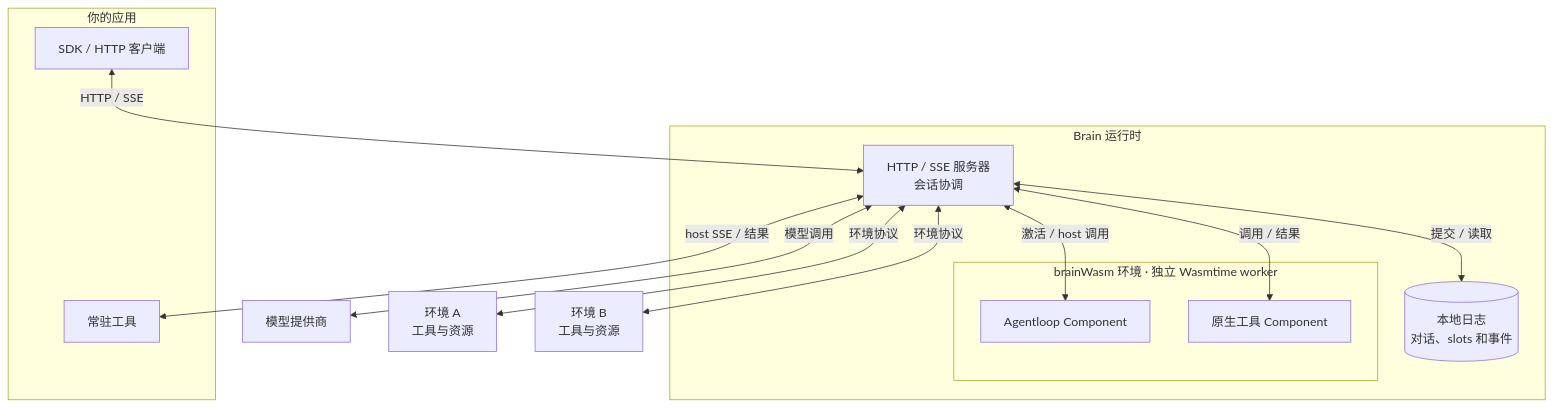
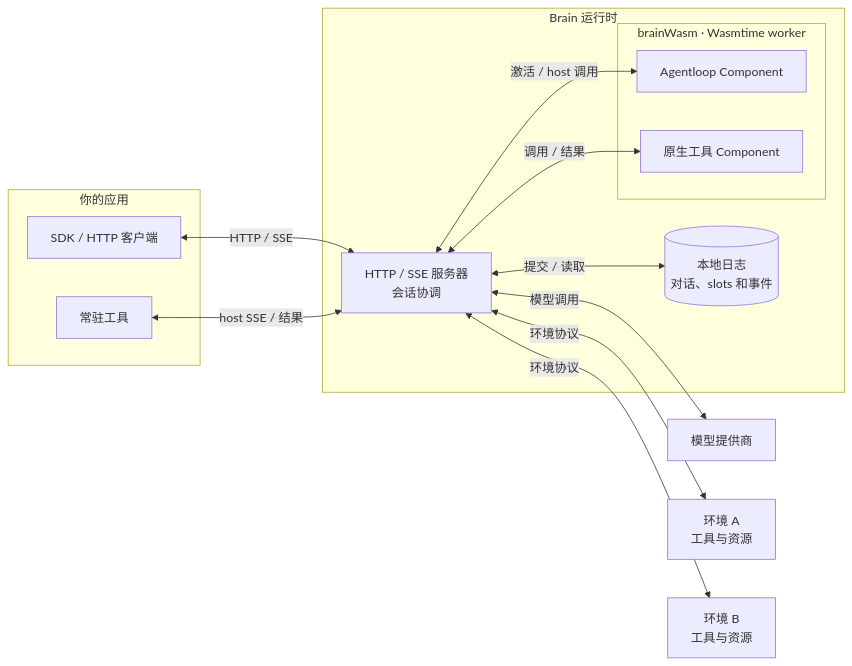
The diagram in README.cn.md (aexhq/brain), drawn with Mermaid before and after one commit. The commit also changed 1 other file, not shown here.

Commit message:
docs: keep architecture diagrams readable at README width

````diff
--- a/README.cn.md
+++ b/README.cn.md
@@ -59,25 +59,25 @@
 ```mermaid
-flowchart TB
+flowchart LR
   subgraph App["你的应用"]
     Client["SDK / HTTP 客户端"]
     Resident["常驻工具"]
   end
 
   subgraph Brain["Brain 运行时"]
     Server["HTTP / SSE 服务器<br/>会话协调"]
     Journal[("本地日志<br/>对话、slots 和事件")]
-    subgraph Worker["brainWasm 环境 · 独立 Wasmtime worker"]
+    subgraph Worker["brainWasm · Wasmtime worker"]
       Loop["Agentloop Component"]
       Native["原生工具 Component"]
     end
     Server <-->|"提交 / 读取"| Journal
     Server <-->|"激活 / host 调用"| Loop
     Server <-->|"调用 / 结果"| Native
   end
 
   Client <-->|"HTTP / SSE"| Server
-  Server <-->|"host SSE / 结果"| Resident
+  Resident <-->|"host SSE / 结果"| Server
   Server <-->|"模型调用"| Models["模型提供商"]
   Server <-->|"环境协议"| EnvA["环境 A<br/>工具与资源"]
   Server <-->|"环境协议"| EnvB["环境 B<br/>工具与资源"]
 ```
````
